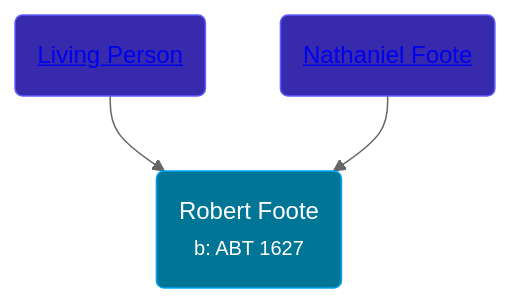
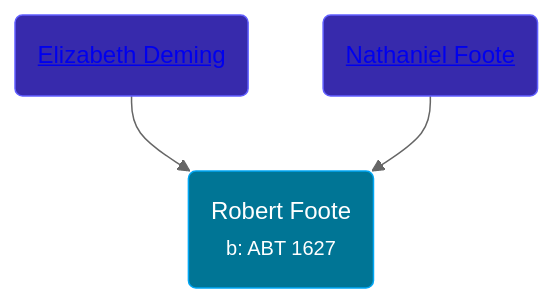
One commit to wpmgotkh/wpmgotkh.github.io changed the diagram in pages/people/9/97668696.md. Above: the diagram before and after it, drawn with Mermaid (neutral theme). The commit also changed other lines of this file and 586 other files, not shown here.

Commit message:
feat: better shouldConsiderPersonLiving algo

````diff
--- a/pages/people/9/97668696.md
+++ b/pages/people/9/97668696.md
@@ -10,9 +10,9 @@
 ```mermaid
 graph
 classDef grands fill:#193cb8,stroke:#2b7fff,stroke-width:1px,color:#fff;
 classDef parents fill:#372aac,stroke:#615fff,stroke-width:1px,color:#fff;
 classDef primary fill:#007595,stroke:#00a6f4,stroke-width:1px,color:#fff;
 97668696(Robert Foote<br /><small>b: ABT 1627</small>):::primary
-77201280(<a class="text-white" href="/people/7/77201280">Living Person</a>):::parents-->97668696
+77201280(<a class="text-white" href="/people/7/77201280">Elizabeth Deming</a>):::parents-->97668696
 64098820(<a class="text-white" href="/people/6/64098820">Nathaniel Foote</a>):::parents-->97668696
 ```
````
